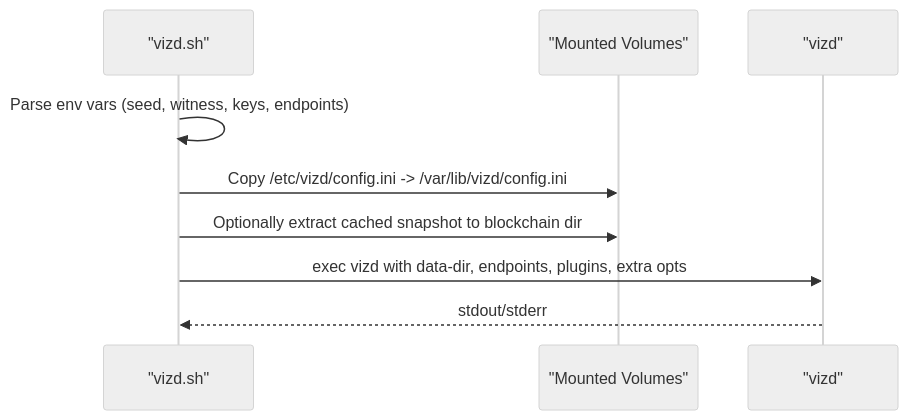
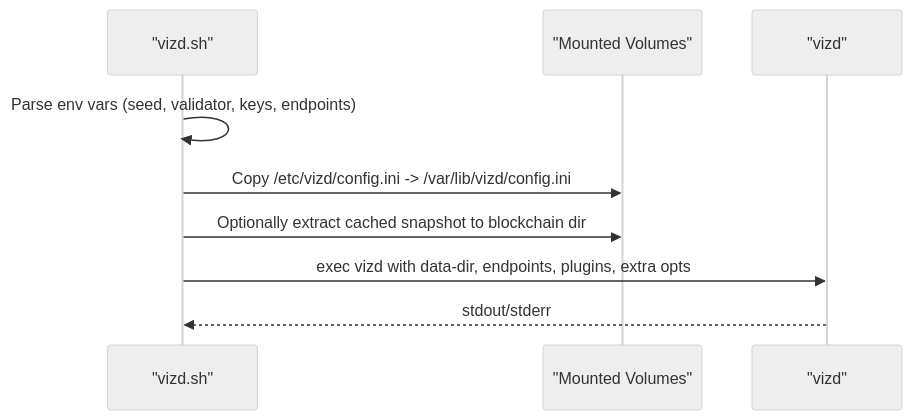
The fifth of 6 diagrams in .qoder/repowiki/en/content/Development Tools/Build System/Docker Integration/Docker Integration.md (VIZ-Blockchain/viz-cpp-node), drawn with Mermaid (neutral theme) before and after one commit. The commit also changed other lines of this file and 88 other files, not shown here.

First line of the commit message:
docs(validator): rename witness to validator throughout documentation

````diff
--- a/.qoder/repowiki/en/content/Development Tools/Build System/Docker Integration/Docker Integration.md
+++ b/.qoder/repowiki/en/content/Development Tools/Build System/Docker Integration/Docker Integration.md
@@ -273,11 +273,11 @@
 ```mermaid
 sequenceDiagram
 participant Entrypoint as "vizd.sh"
 participant FS as "Mounted Volumes"
 participant Node as "vizd"
-Entrypoint->>Entrypoint : Parse env vars (seed, witness, keys, endpoints)
+Entrypoint->>Entrypoint : Parse env vars (seed, validator, keys, endpoints)
 Entrypoint->>FS : Copy /etc/vizd/config.ini -> /var/lib/vizd/config.ini
 Entrypoint->>FS : Optionally extract cached snapshot to blockchain dir
 Entrypoint->>Node : exec vizd with data-dir, endpoints, plugins, extra opts
 Node-->>Entrypoint : stdout/stderr
 ```
````
